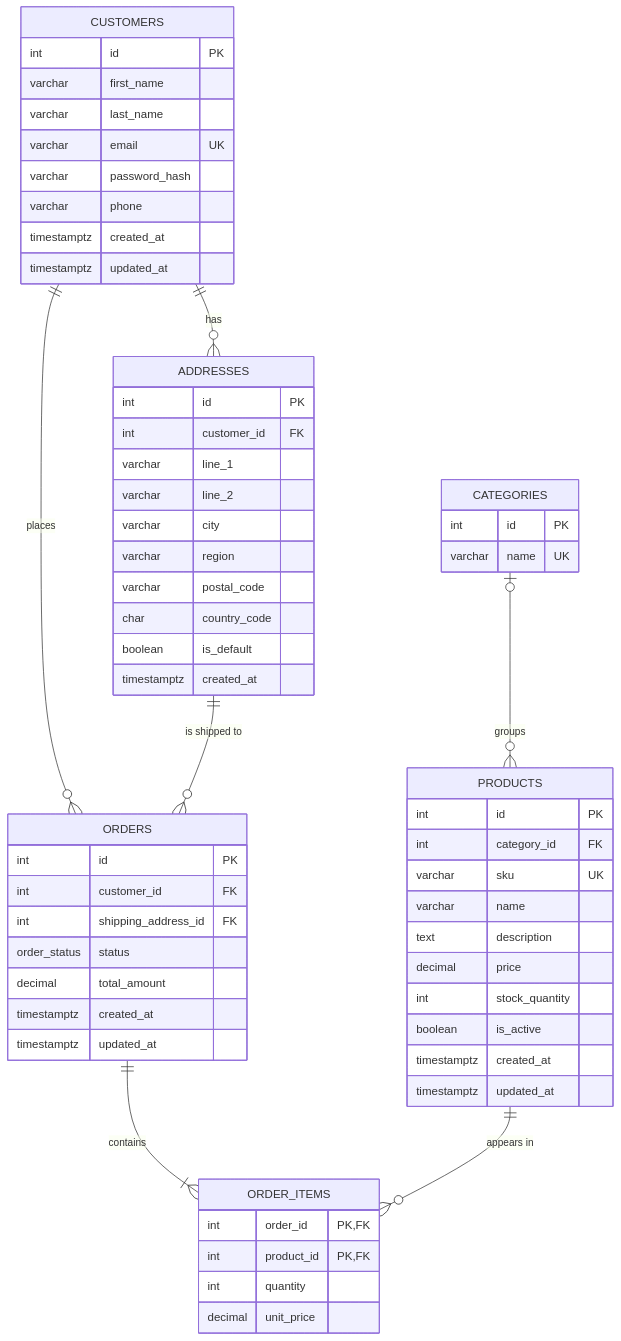
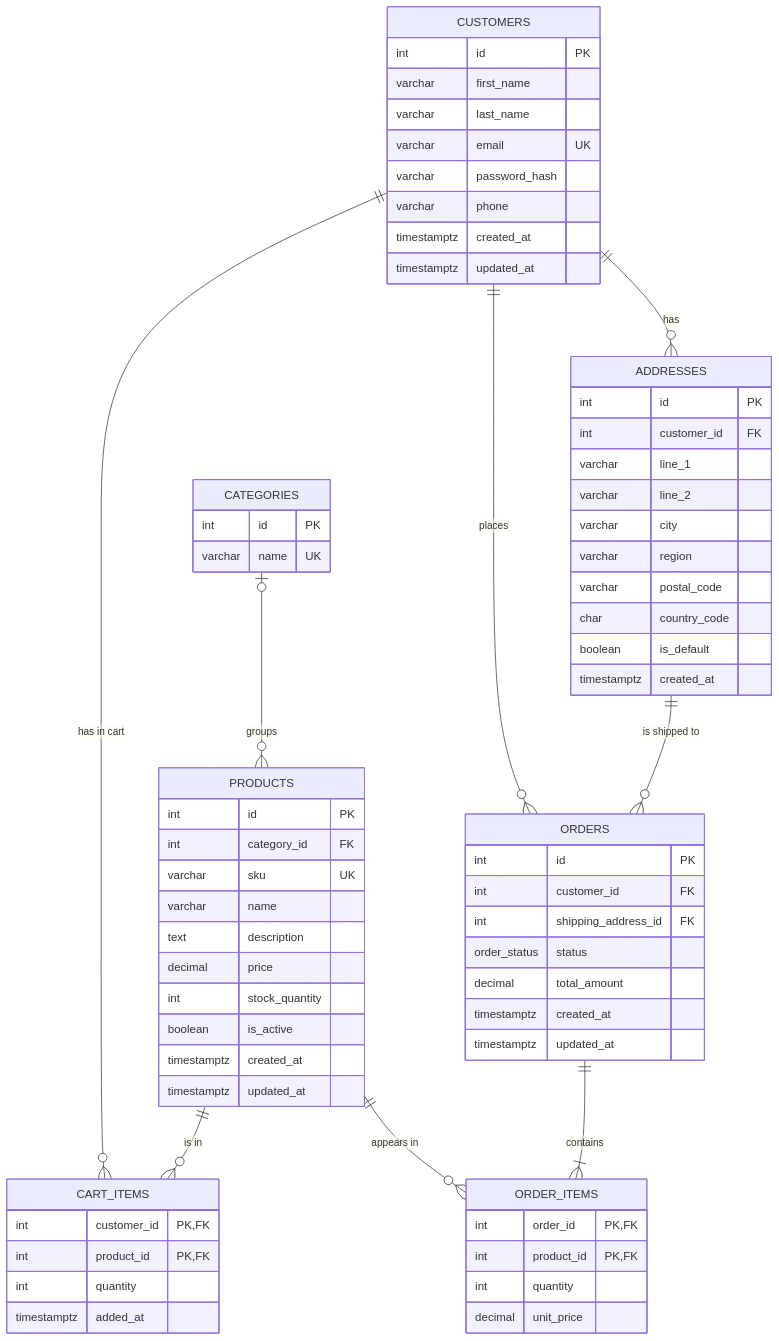
The diagram in docs/database-design.md (MelissaJones98/E-Commerce-App), drawn with Mermaid before and after one commit. The commit also changed other lines of this file and 7 other files, not shown here.

````diff
--- a/docs/database-design.md
+++ b/docs/database-design.md
@@ -7,68 +7,77 @@
 ```mermaid
 erDiagram
     CUSTOMERS ||--o{ ADDRESSES : "has"
     CUSTOMERS ||--o{ ORDERS : "places"
     ADDRESSES ||--o{ ORDERS : "is shipped to"
     ORDERS ||--|{ ORDER_ITEMS : "contains"
     PRODUCTS ||--o{ ORDER_ITEMS : "appears in"
     CATEGORIES |o--o{ PRODUCTS : "groups"
+    CUSTOMERS ||--o{ CART_ITEMS : "has in cart"
+    PRODUCTS ||--o{ CART_ITEMS : "is in"
 
     CUSTOMERS {
         int id PK
         varchar first_name
         varchar last_name
         varchar email UK
         varchar password_hash
         varchar phone
         timestamptz created_at
         timestamptz updated_at
     }
 
     ADDRESSES {
         int id PK
         int customer_id FK
         varchar line_1
         varchar line_2
         varchar city
         varchar region
         varchar postal_code
         char country_code
         boolean is_default
         timestamptz created_at
     }
 
     CATEGORIES {
         int id PK
         varchar name UK
     }
 
     PRODUCTS {
         int id PK
         int category_id FK
         varchar sku UK
         varchar name
         text description
         decimal price
         int stock_quantity
         boolean is_active
         timestamptz created_at
         timestamptz updated_at
     }
 
     ORDERS {
         int id PK
         int customer_id FK
         int shipping_address_id FK
         order_status status
         decimal total_amount
         timestamptz created_at
         timestamptz updated_at
     }
 
+    CART_ITEMS {
+        int customer_id PK, FK
+        int product_id PK, FK
+        int quantity
+        timestamptz added_at
+    }
+
     ORDER_ITEMS {
         int order_id PK, FK
         int product_id PK, FK
         int quantity
         decimal unit_price
     }
 ```
````
